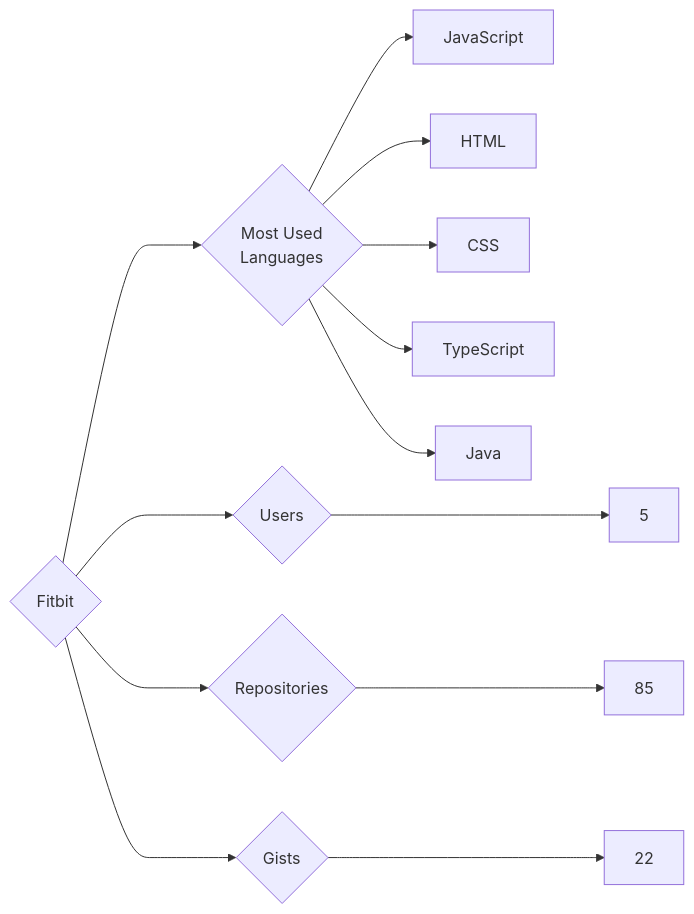
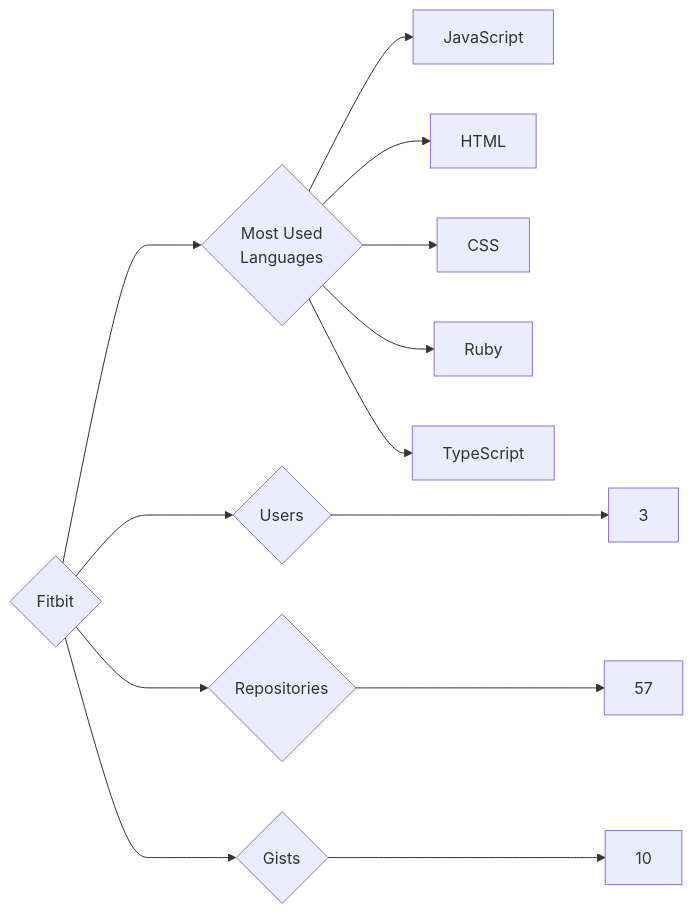
One commit to trickest/insiders changed the diagram in targets/Fitbit/README.md. Above: the diagram before and after it, drawn with Mermaid. The commit also changed 880 other files, not shown here.

````diff
--- a/targets/Fitbit/README.md
+++ b/targets/Fitbit/README.md
@@ -3,13 +3,13 @@
 ```mermaid
 graph LR
 COMPANY_NAME{Fitbit}
-COMPANY_NAME ---> U{Users} ---> UN[5]
-COMPANY_NAME ---> R{Repositories} ---> RN[85]
-COMPANY_NAME ---> G{Gists} ---> GN[22]
+COMPANY_NAME ---> U{Users} ---> UN[3]
+COMPANY_NAME ---> R{Repositories} ---> RN[57]
+COMPANY_NAME ---> G{Gists} ---> GN[10]
 COMPANY_NAME ---> ML{Most Used<br>Languages}
 ML --> JavaScript[JavaScript]
 ML --> HTML[HTML]
 ML --> CSS[CSS]
+ML --> Ruby[Ruby]
 ML --> TypeScript[TypeScript]
-ML --> Java[Java]
 ```
````
